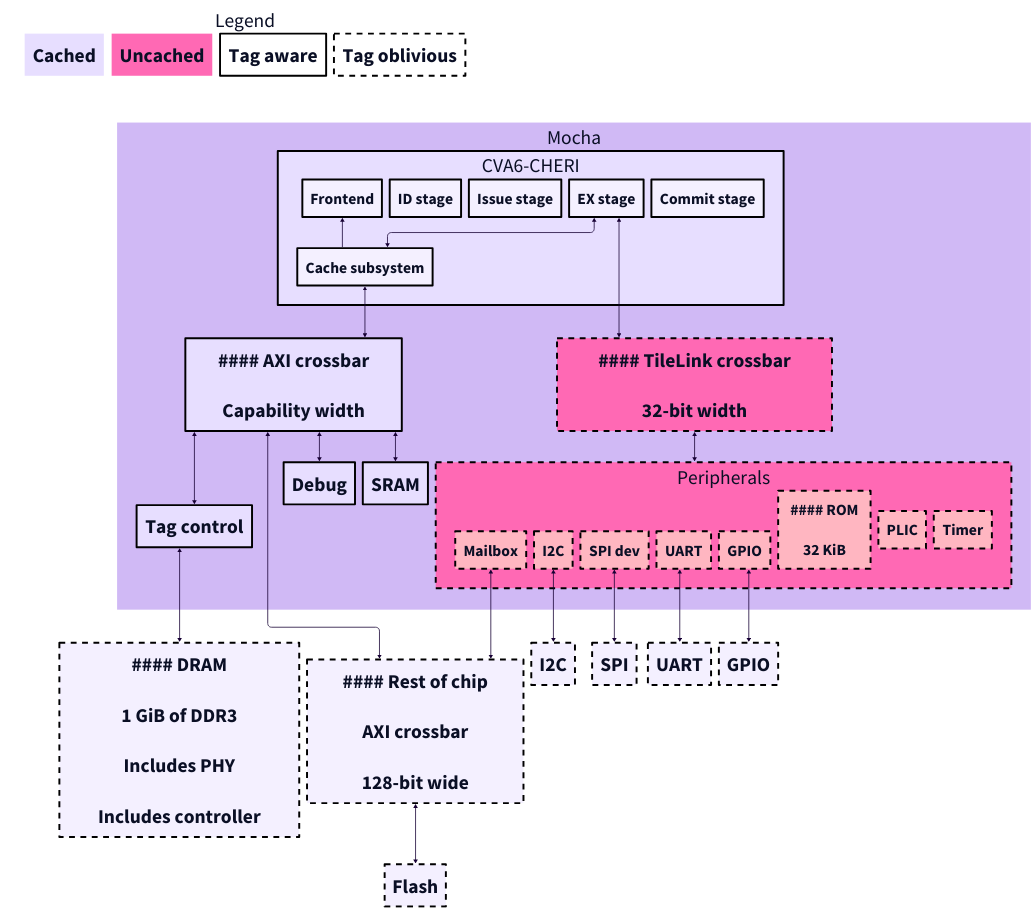
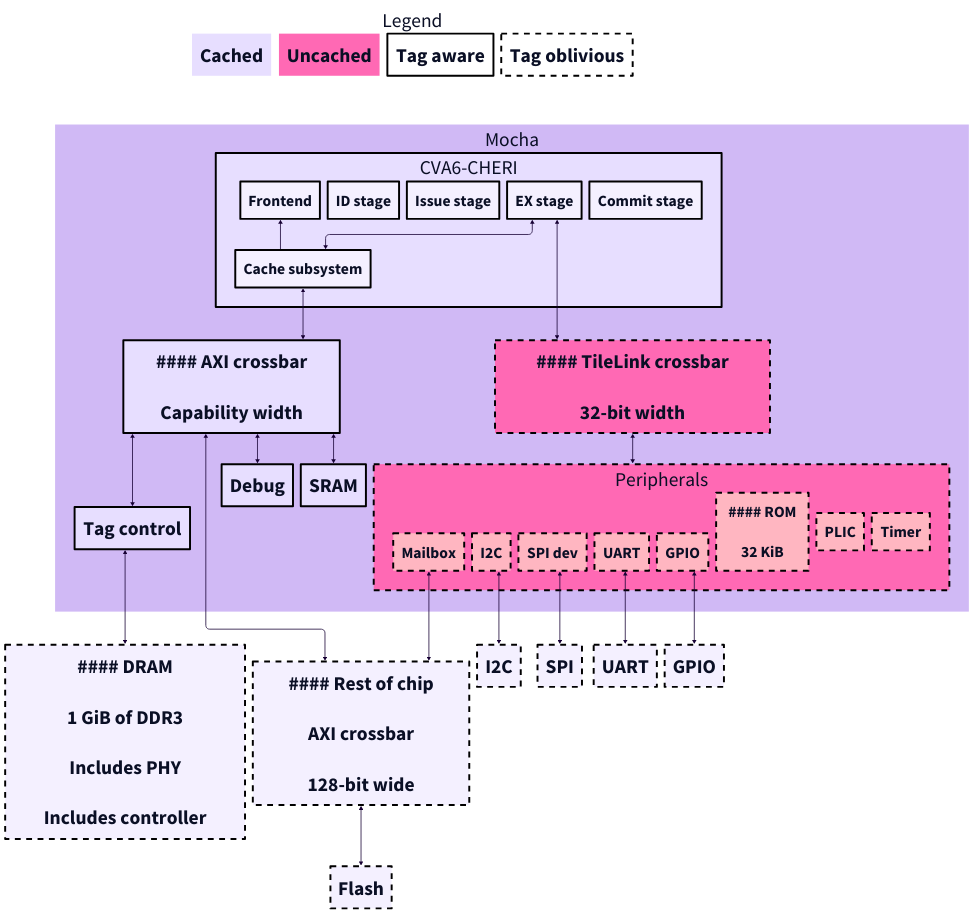
One commit to lowRISC/mocha changed the diagram in doc/img/mocha.d2. Above: the diagram before and after it, drawn with D2. The commit also changed 1 other file, not shown here.

Commit message:
[doc] Block diagram legend moved more to center
Creating the invisible arrow to the CVA6-CHERI instead of the Mocha top
seems to move the Legend closer to the centre, so this should be the way
we do it at least for now.

```diff
--- a/doc/img/mocha.d2
+++ b/doc/img/mocha.d2
@@ -1,180 +1,180 @@
 # Global settings
 vars: {
   d2-config: {
     layout-engine: elk
     theme-id: 7
   }
 }
 
 dram: |md
     #### DRAM
 
     1 GiB of DDR3
 
     Includes PHY
 
     Includes controller
 |
 dram.shape: rectangle
 dram.style.stroke-dash: 3
 
 Mocha: {
     # Processor arriane.sv includes just cva6.sv
     CVA6-CHERI {
         # csr_regfile
         #CSR regfile
         # perf_counters
         #Performance counters
         #Controller
         #Tracing: {
         #    # instr_tracer
         #    Instruction tracer
         #    # cva6_rvfi_probes
         #    RVFI probes
         #}
         Frontend
         # id_stage
         ID stage
         # issue_stage
         Issue stage
         # ex_stage
         EX stage
         # commit_stage
         Commit stage
         # cache_subsystem
         Cache subsystem
 
         # memory
         Frontend <- Cache subsystem
         EX stage <-> Cache subsystem
     }
 
     axi: |md
         #### AXI crossbar
 
         Capability width
     |
     axi.shape: rectangle
 
     tlul: |md
         #### TileLink crossbar
 
         32-bit width
     |
     tlul.shape: rectangle
     # Uncached
     tlul.style.fill: hotpink
     # Tag oblivious
     tlul.style.stroke-dash: 3
 
 
     CVA6-CHERI.cache subsystem <-> axi
     CVA6-CHERI.EX stage <-> tlul
     axi <-> Tag control
     axi <-> Debug
     axi <-> SRAM
 
     Peripherals {
         Mailbox
         Mailbox.style.fill:lightpink
         Mailbox.style.stroke-dash: 3
         I2C
         I2C.style.fill: lightpink
         I2C.style.stroke-dash: 3
         SPI dev
         SPI dev.style.fill: lightpink
         SPI dev.style.stroke-dash: 3
         UART
         UART.style.fill: lightpink
         UART.style.stroke-dash: 3
         # USB device
         GPIO
         GPIO.style.fill: lightpink
         GPIO.style.stroke-dash: 3
         rom: |md
             #### ROM
 
             32 KiB
         |
         rom.shape: rectangle
         rom.style.fill: lightpink
         rom.style.stroke-dash: 3
         PLIC
         PLIC.style.fill:lightpink
         PLIC.style.stroke-dash: 3
         Timer
         Timer.style.fill: lightpink
         Timer.style.stroke-dash: 3
     }
     # Uncached
     Peripherals.style.fill: hotpink
     # Tag oblivious
     Peripherals.style.stroke-dash: 3
 
     tlul <-> Peripherals
 }
 
 chip: |md
     #### Rest of chip
 
     AXI crossbar
 
     128-bit wide
 |
 chip.shape: rectangle
 chip.style.stroke-dash: 3
 
 chip <-> Flash
 Flash.style.stroke-dash: 3
 
 # External interfaces
 Mocha.Tag control <-> dram
 Mocha.axi <-> chip
 Mocha.Peripherals.Mailbox <-> chip
 Mocha.Peripherals.I2C <-> I2C
 I2C.style.stroke-dash: 3
 Mocha.Peripherals.SPI dev <-> SPI
 SPI.style.stroke-dash: 3
 Mocha.Peripherals.UART <-> UART
 UART.style.stroke-dash: 3
 Mocha.Peripherals.GPIO <-> GPIO
 GPIO.style.stroke-dash: 3
 
 # Legend
 Legend {
 Cached
 Uncached
 Tag aware
 Tag oblivious
 Uncached.style.fill: hotpink
 Tag aware.style.fill: transparent
 Tag oblivious.style.fill: transparent
 Tag oblivious.style.stroke-dash: 3
 }
-Legend <-> Mocha {
+Legend <-> Mocha.CVA6-CHERI {
     style: {
         stroke: transparent
     }
 }
 Legend.style.fill: transparent
 
 # Set global font size
 *.style.font-size: 50
 *.*.style.font-size: 50
 *.*.*.style.font-size: 40
 
 # Set global stroke width
 *.style.stroke-width: 5
 *.*.style.stroke-width: 5
 *.*.*.style.stroke-width: 5
 
 # Set global stroke color
 *.style.stroke: black
 *.*.style.stroke: black
 *.*.*.style.stroke: black
 
 # Global overrides
 Mocha.style.stroke: transparent
 Legend.style.stroke: transparent
 Legend.Cached.style.stroke-width: 0
 Legend.Uncached.style.stroke-width: 0
```
